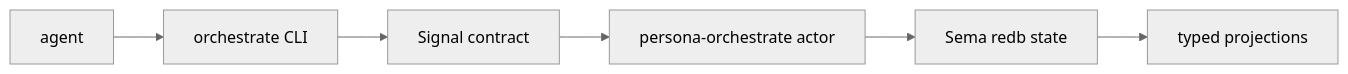
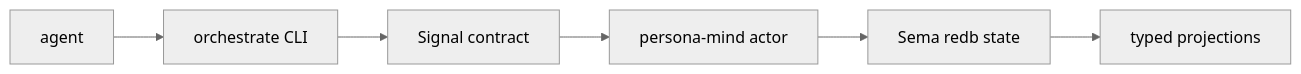
The second of 7 diagrams in reports/operator/97-native-issue-notes-tracker-research.md (LiGoldragon/primary), drawn with Mermaid (neutral theme) before and after one commit. The commit also changed other lines of this file and 11 other files, not shown here.

Commit message:
document persona-mind central rename

````diff
--- a/reports/operator/97-native-issue-notes-tracker-research.md
+++ b/reports/operator/97-native-issue-notes-tracker-research.md
@@ -66,15 +66,15 @@
 ```mermaid
 flowchart LR
     agent["agent"]
     cli["orchestrate CLI"]
     signal["Signal contract"]
-    actor["persona-orchestrate actor"]
+    actor["persona-mind actor"]
     sema["Sema redb state"]
     views["typed projections"]
 
     agent --> cli
     cli --> signal
     signal --> actor
     actor --> sema
     sema --> views
 ```
````
